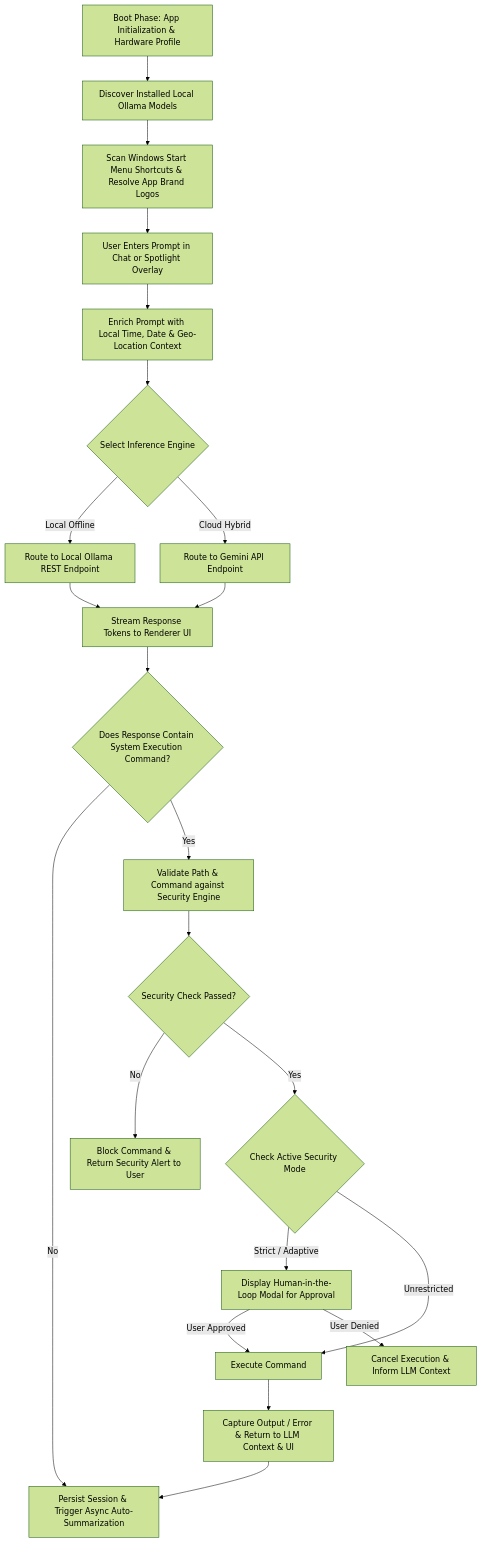
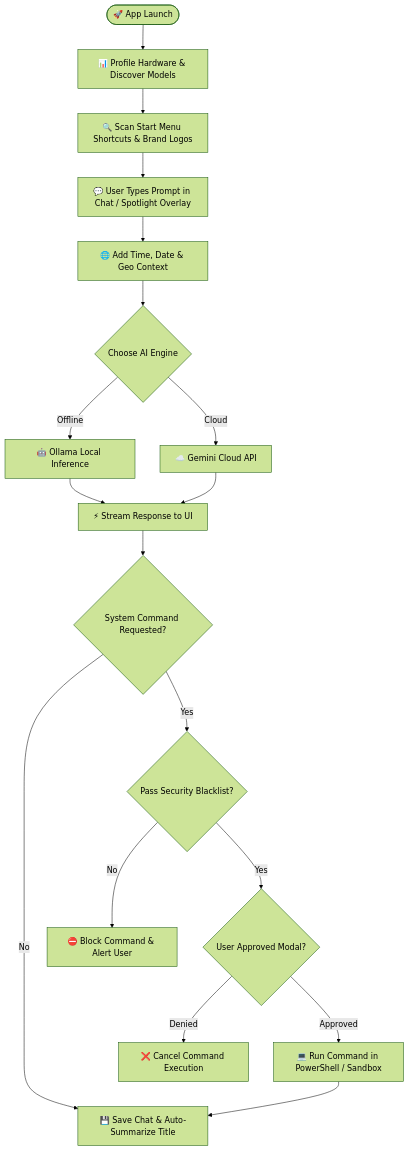
One commit to vedantwankhade123/Brown changed the second of 2 diagrams in SYSTEM_ARCHITECTURE.md. Above: the diagram before and after it, drawn with Mermaid (forest theme). The commit also changed other lines of this file, not shown here.

Commit message:
docs: simplify architecture and methodology diagrams in SYSTEM_ARCHITECTURE.md with clean ASCII flowcharts

````diff
--- a/SYSTEM_ARCHITECTURE.md
+++ b/SYSTEM_ARCHITECTURE.md
@@ -129,32 +138,26 @@
 ```mermaid
 flowchart TD
-    A[Boot Phase: App Initialization & Hardware Profile] --> B[Discover Installed Local Ollama Models]
-    B --> C[Scan Windows Start Menu Shortcuts & Resolve App Brand Logos]
-    C --> D[User Enters Prompt in Chat or Spotlight Overlay]
+    START([🚀 App Launch]) --> PROF[📊 Profile Hardware & Discover Models]
+    PROF --> SCAN[🔍 Scan Start Menu Shortcuts & Brand Logos]
+    SCAN --> INPUT[💬 User Types Prompt in Chat / Spotlight Overlay]
 
-    D --> E[Enrich Prompt with Local Time, Date & Geo-Location Context]
-    E --> F{Select Inference Engine}
+    INPUT --> ENRICH[🌐 Add Time, Date & Geo Context]
+    ENRICH --> ROUTE{Choose AI Engine}
 
-    F -->|Local Offline| G[Route to Local Ollama REST Endpoint]
-    F -->|Cloud Hybrid| H[Route to Gemini API Endpoint]
+    ROUTE -->|Offline| OLLAMA[🤖 Ollama Local Inference]
+    ROUTE -->|Cloud| GEMINI[☁️ Gemini Cloud API]
 
-    G --> I[Stream Response Tokens to Renderer UI]
-    H --> I
+    OLLAMA --> STREAM[⚡ Stream Response to UI]
+    GEMINI --> STREAM
 
-    I --> J{Does Response Contain System Execution Command?}
-    J -->|No| K[Persist Session & Trigger Async Auto-Summarization]
-    J -->|Yes| L[Validate Path & Command against Security Engine]
+    STREAM --> CMD_CHECK{System Command Requested?}
+    CMD_CHECK -->|No| SAVE[💾 Save Chat & Auto-Summarize Title]
+    CMD_CHECK -->|Yes| SEC_CHECK{Pass Security Blacklist?}
 
-    L --> M{Security Check Passed?}
-    M -->|No| N[Block Command & Return Security Alert to User]
-    M -->|Yes| O{Check Active Security Mode}
+    SEC_CHECK -->|No| BLOCK[⛔ Block Command & Alert User]
+    SEC_CHECK -->|Yes| MODAL{User Approved Modal?}
 
-    O -->|Strict / Adaptive| P[Display Human-in-the-Loop Modal for Approval]
-    O -->|Unrestricted| Q[Execute Command]
-
-    P -->|User Approved| Q
-    P -->|User Denied| R[Cancel Execution & Inform LLM Context]
-
-    Q --> S[Capture Output / Error & Return to LLM Context & UI]
-    S --> K
+    MODAL -->|Denied| CANCEL[❌ Cancel Command Execution]
+    MODAL -->|Approved| EXEC[💻 Run Command in PowerShell / Sandbox]
+    EXEC --> SAVE
 ```
````
